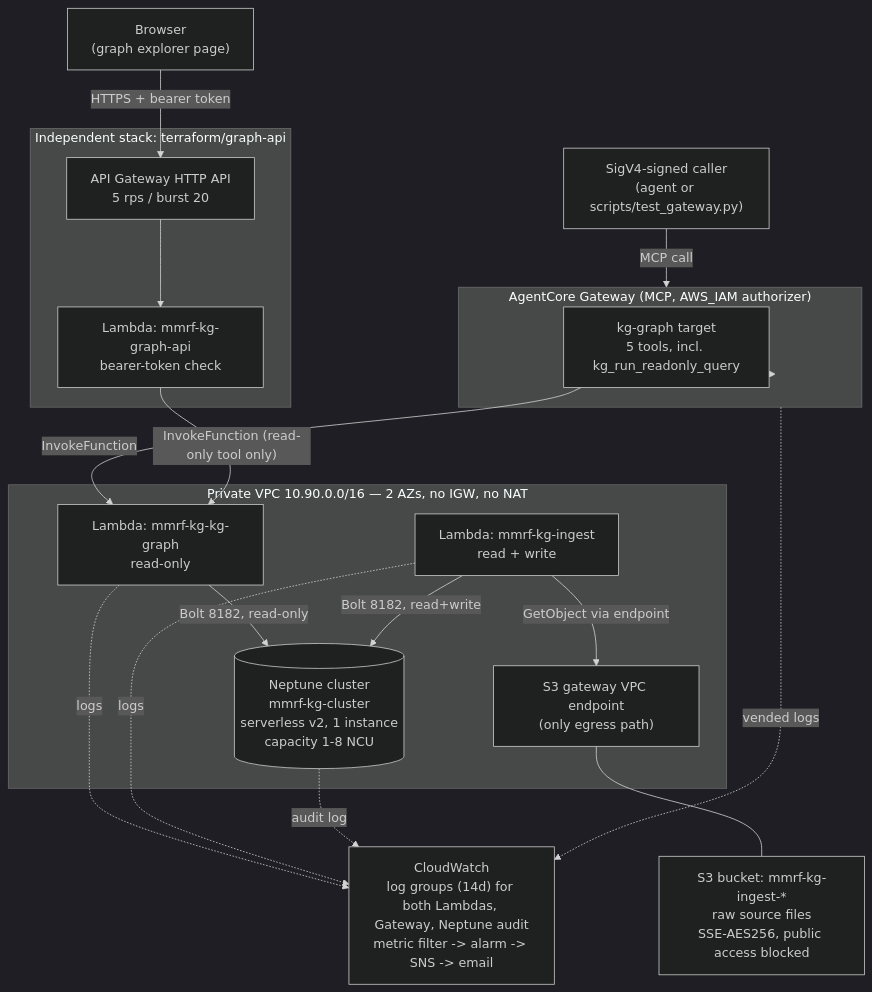
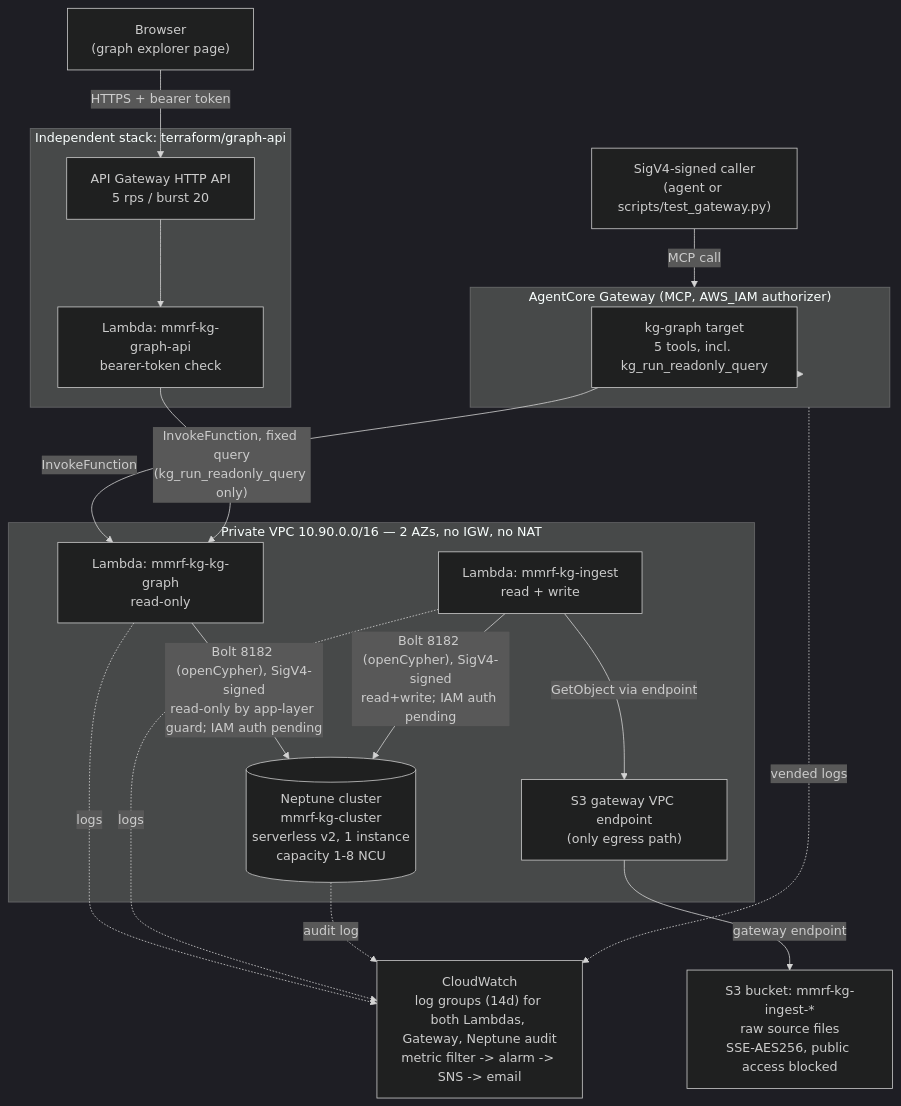
Before and after one commit to lhnminh/MMRF-KnowledgeGraph: the diagram in docs/architecture.md, drawn with Mermaid (dark theme). The commit also changed other lines of this file and 2 other files, not shown here.

Commit message:
Add hackathon judge-prep doc; fix architecture diagram and WAR for X-Ray egress gap
Verified mermaid diagram labeling (Bolt/openCypher, SigV4, S3 endpoint) against
the Terraform/Lambda code, and documented the X-Ray tracing egress gap in both
docs/architecture.md and docs/well-architected-review.md. Added
docs/hackathon-judge-prep.md synthesizing the ADR corpus into judge-ready talking
points across technical capability, UI/design, impact/scalability, and originality.

````diff
--- a/docs/architecture.md
+++ b/docs/architecture.md
@@ -13,43 +13,43 @@
 ```mermaid
 flowchart TB
     caller["SigV4-signed caller<br/>(agent or scripts/test_gateway.py)"]
     browser["Browser<br/>(graph explorer page)"]
 
     subgraph gw["AgentCore Gateway (MCP, AWS_IAM authorizer)"]
         target["kg-graph target<br/>5 tools, incl. kg_run_readonly_query"]
     end
 
     subgraph vpc["Private VPC 10.90.0.0/16 — 2 AZs, no IGW, no NAT"]
         kggraph["Lambda: mmrf-kg-kg-graph<br/>read-only"]
         kgingest["Lambda: mmrf-kg-ingest<br/>read + write"]
         neptune[("Neptune cluster<br/>mmrf-kg-cluster<br/>serverless v2, 1 instance<br/>capacity 1-8 NCU")]
         s3endpoint["S3 gateway VPC endpoint<br/>(only egress path)"]
     end
 
     s3["S3 bucket: mmrf-kg-ingest-*<br/>raw source files<br/>SSE-AES256, public access blocked"]
 
     subgraph graphapi["Independent stack: terraform/graph-api"]
         apigw["API Gateway HTTP API<br/>5 rps / burst 20"]
         apilambda["Lambda: mmrf-kg-graph-api<br/>bearer-token check"]
     end
 
     cw["CloudWatch<br/>log groups (14d) for both Lambdas, Gateway, Neptune audit<br/>metric filter -> alarm -> SNS -> email"]
 
     caller -->|"MCP call"| gw
     gw --> target
     target -->|"InvokeFunction"| kggraph
-    kggraph -->|"Bolt 8182, read-only"| neptune
+    kggraph -->|"Bolt 8182 (openCypher), SigV4-signed<br/>read-only by app-layer guard; IAM auth pending"| neptune
 
-    kgingest -->|"Bolt 8182, read+write"| neptune
+    kgingest -->|"Bolt 8182 (openCypher), SigV4-signed<br/>read+write; IAM auth pending"| neptune
     kgingest -->|"GetObject via endpoint"| s3endpoint
-    s3endpoint --- s3
+    s3endpoint -->|"gateway endpoint"| s3
 
     browser -->|"HTTPS + bearer token"| apigw
     apigw --> apilambda
-    apilambda -->|"InvokeFunction (read-only tool only)"| kggraph
+    apilambda -->|"InvokeFunction, fixed query<br/>(kg_run_readonly_query only)"| kggraph
 
     kggraph -.->|"logs"| cw
     kgingest -.->|"logs"| cw
     gw -.->|"vended logs"| cw
     neptune -.->|"audit log"| cw
 ```
````
